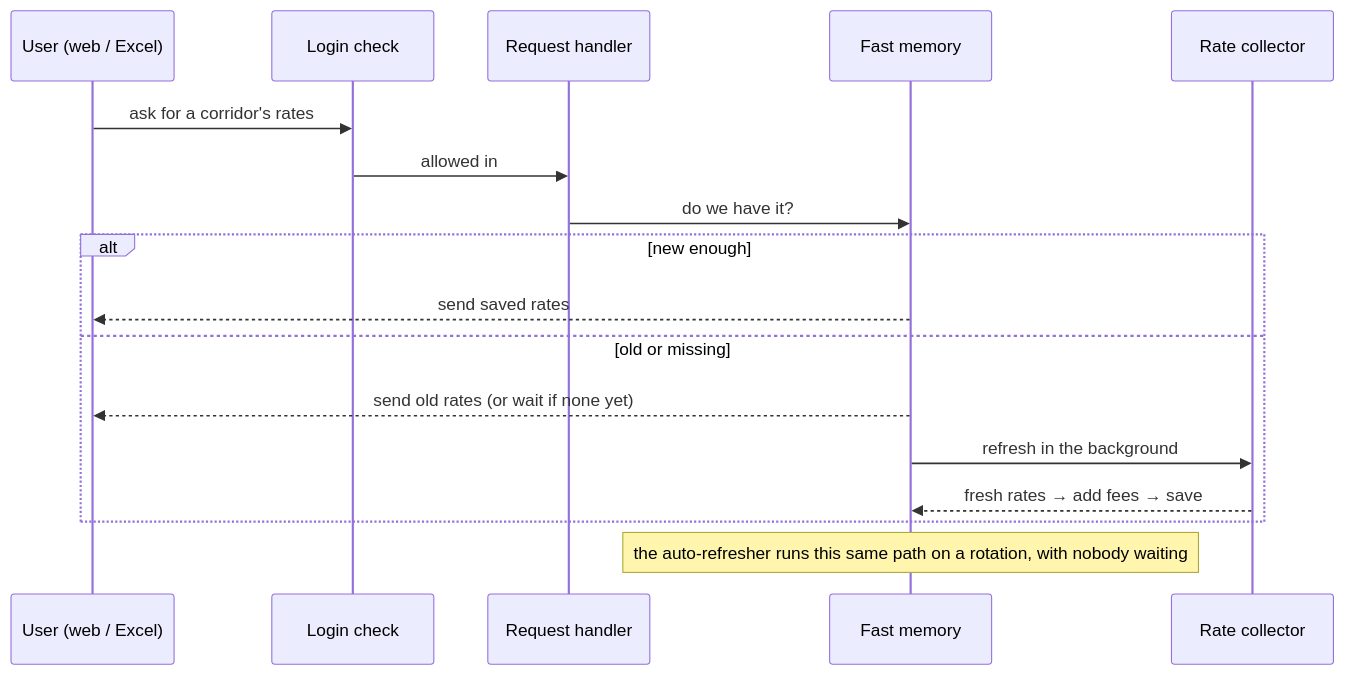
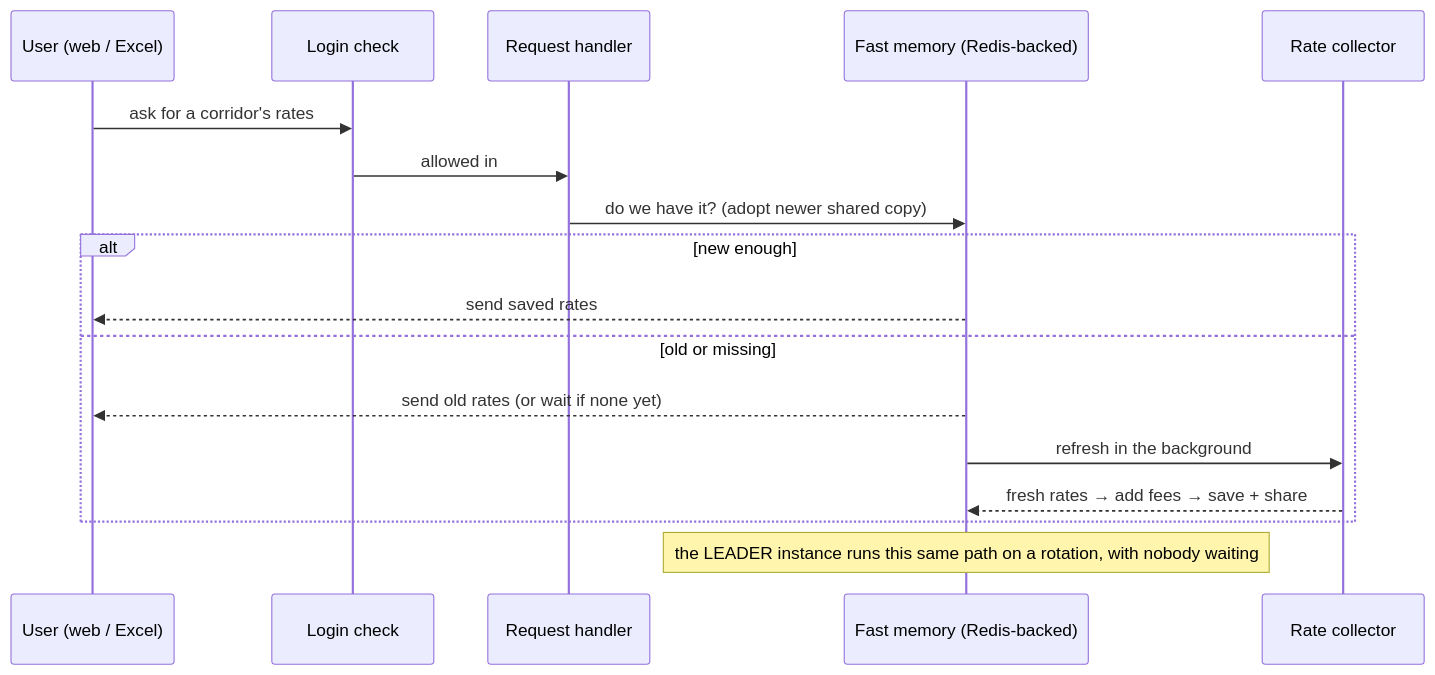
One commit to Navong/rates-scrapper changed the sixth of 6 diagrams in README.md. Above: the diagram before and after it, drawn with Mermaid. The commit also changed other lines of this file, not shown here.

First line of the commit message:
docs: README reflects Redis shared state + multi-instance

````diff
--- a/README.md
+++ b/README.md
@@ -141,20 +172,20 @@
 ```mermaid
 sequenceDiagram
     participant U as User (web / Excel)
     participant MW as Login check
     participant API as Request handler
-    participant $ as Fast memory
+    participant $ as Fast memory (Redis-backed)
     participant O as Rate collector
 
     U->>MW: ask for a corridor's rates
     MW->>API: allowed in
-    API->>$: do we have it?
+    API->>$: do we have it? (adopt newer shared copy)
     alt new enough
         $-->>U: send saved rates
     else old or missing
         $-->>U: send old rates (or wait if none yet)
         $->>O: refresh in the background
-        O-->>$: fresh rates → add fees → save
+        O-->>$: fresh rates → add fees → save + share
     end
-    Note over $: the auto-refresher runs this same path on a rotation, with nobody waiting
+    Note over $: the LEADER instance runs this same path on a rotation, with nobody waiting
 ```
````
